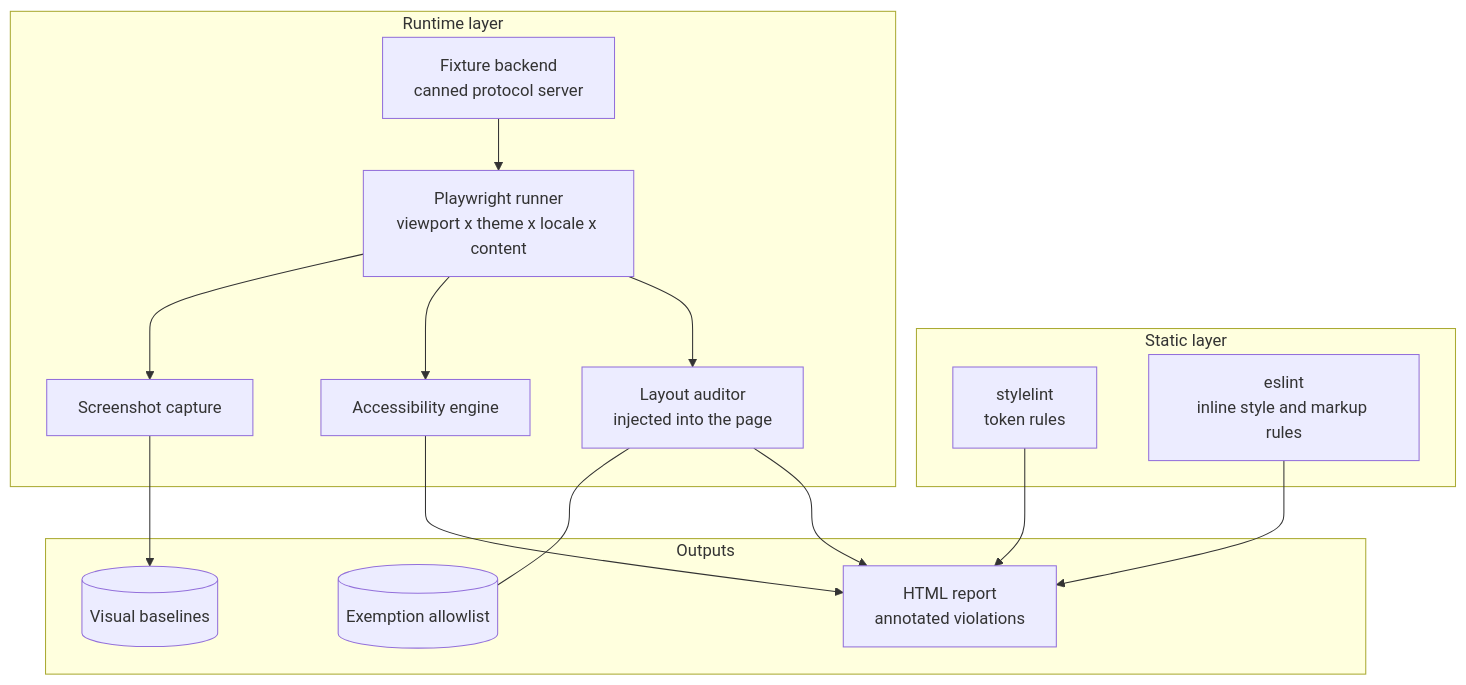
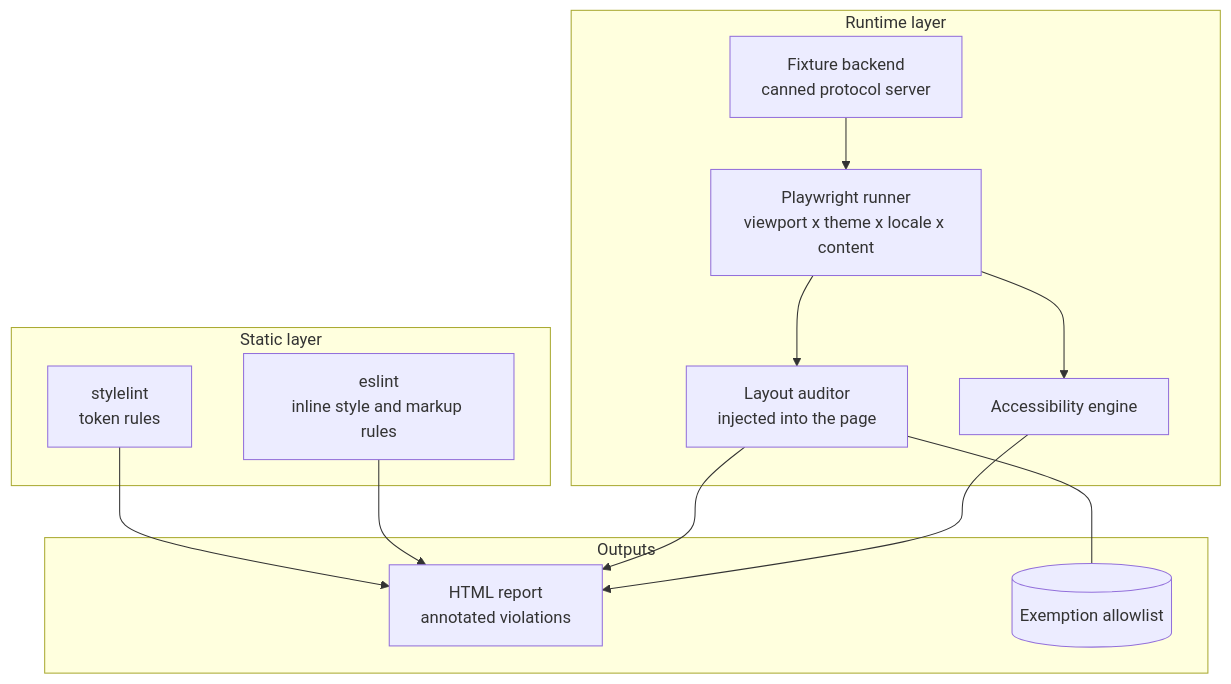
One commit to heavycaffeiner/Docknight changed the first of 2 diagrams in docs/proposals/docknight-8-design-verification.md. Above: the diagram before and after it, drawn with Mermaid. The commit also changed other lines of this file and 5 other files, not shown here.

````diff
--- a/docs/proposals/docknight-8-design-verification.md
+++ b/docs/proposals/docknight-8-design-verification.md
@@ -94,32 +96,28 @@
 ```mermaid
 flowchart TB
     subgraph "Static layer"
         SL[stylelint<br/>token rules]
         EL[eslint<br/>inline style and markup rules]
     end
 
     subgraph "Runtime layer"
         FX[Fixture backend<br/>canned protocol server]
         PW[Playwright runner<br/>viewport x theme x locale x content]
         AUD[Layout auditor<br/>injected into the page]
         AXE[Accessibility engine]
-        SHOT[Screenshot capture]
     end
 
     subgraph Outputs
         REP[HTML report<br/>annotated violations]
-        BASE[(Visual baselines)]
         EX[(Exemption allowlist)]
     end
 
     SL --> REP
     EL --> REP
     FX --> PW
     PW --> AUD
     PW --> AXE
-    PW --> SHOT
     AUD --> REP
     AXE --> REP
-    SHOT --> BASE
     AUD --- EX
 ```
````
